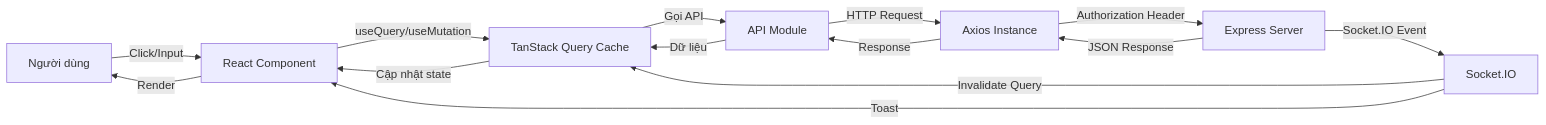
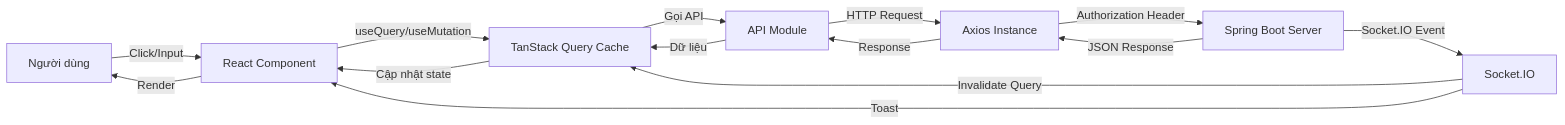
Before and after one commit to nghiaxh/hr-management: the third of 24 diagrams in docs/SDD.md, drawn with Mermaid. The commit also changed other lines of this file and 3 other files, not shown here.

First line of the commit message:
docs: update tech stack references to Spring Boot + PostgreSQL

````diff
--- a/docs/SDD.md
+++ b/docs/SDD.md
@@ -335,13 +335,13 @@
 ```mermaid
 graph LR
     USER[Người dùng] -->|Click/Input| COMP[React Component]
     COMP -->|useQuery/useMutation| QUERY[TanStack Query Cache]
     QUERY -->|Gọi API| API[API Module]
     API -->|HTTP Request| AXI[Axios Instance]
-    AXI -->|Authorization Header| SERVER[Express Server]
+    AXI -->|Authorization Header| SERVER[Spring Boot Server]
     SERVER -->|JSON Response| AXI -->|Response| API
     API -->|Dữ liệu| QUERY -->|Cập nhật state| COMP -->|Render| USER
     SERVER -->|Socket.IO Event| SOCK[Socket.IO]
     SOCK -->|Invalidate Query| QUERY
     SOCK -->|Toast| COMP
 ```
````
